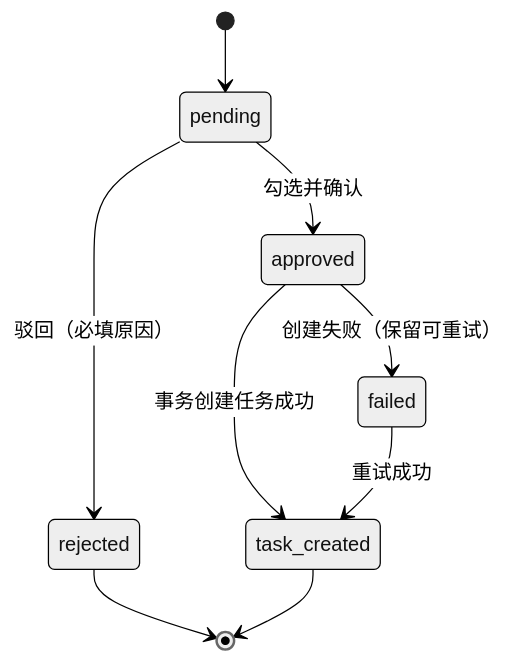
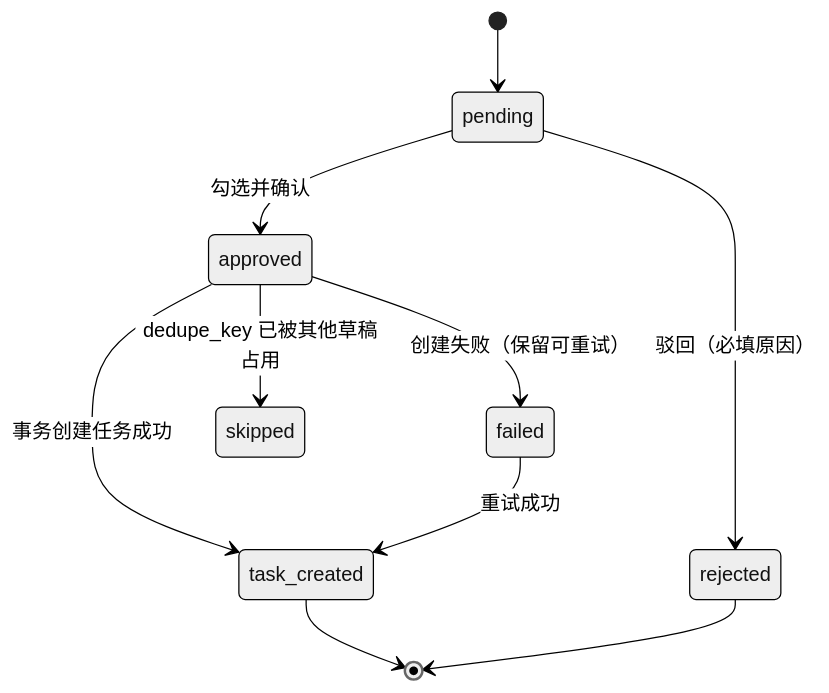
Before and after one commit to wangnan05563/MTask: the fourth of 10 diagrams in docs/PRD-测试菜单模块-T06393.md, drawn with Mermaid (neutral theme). The commit also changed other lines of this file and 2 other files, not shown here.

````diff
--- a/docs/PRD-测试菜单模块-T06393.md
+++ b/docs/PRD-测试菜单模块-T06393.md
@@ -565,11 +649,12 @@
 ```mermaid
 stateDiagram-v2
   [*] --> pending
   pending --> approved: 勾选并确认
   pending --> rejected: 驳回（必填原因）
   approved --> task_created: 事务创建任务成功
+  approved --> skipped: dedupe_key 已被其他草稿占用
   approved --> failed: 创建失败（保留可重试）
   failed --> task_created: 重试成功
   rejected --> [*]
   task_created --> [*]
 ```
````
